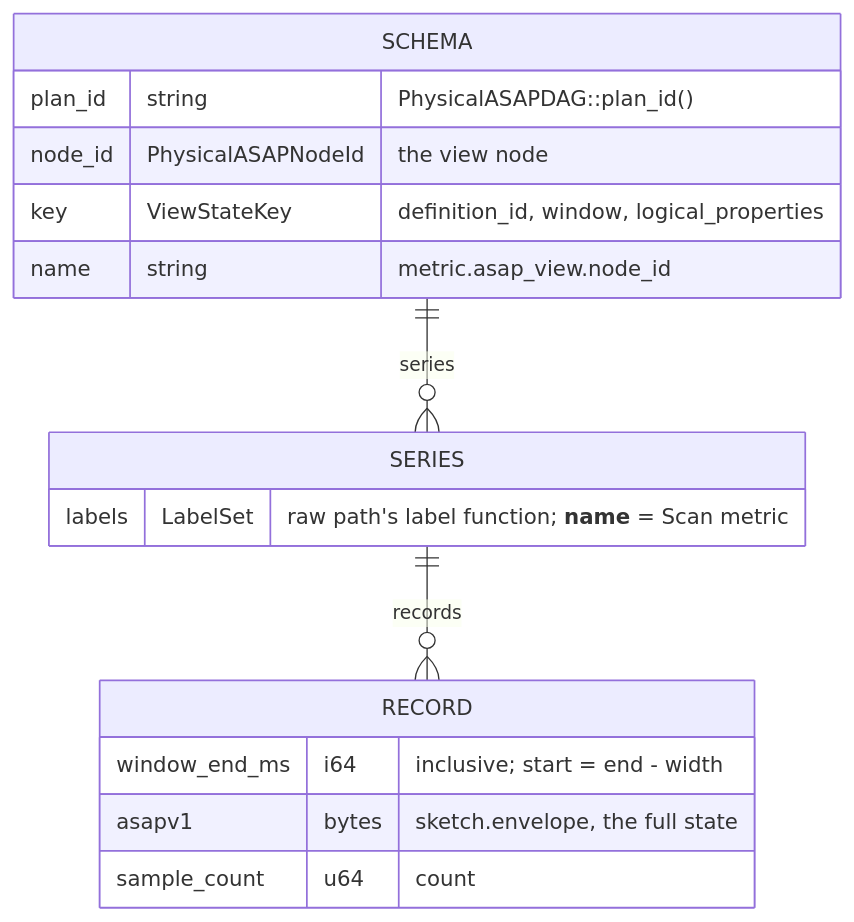
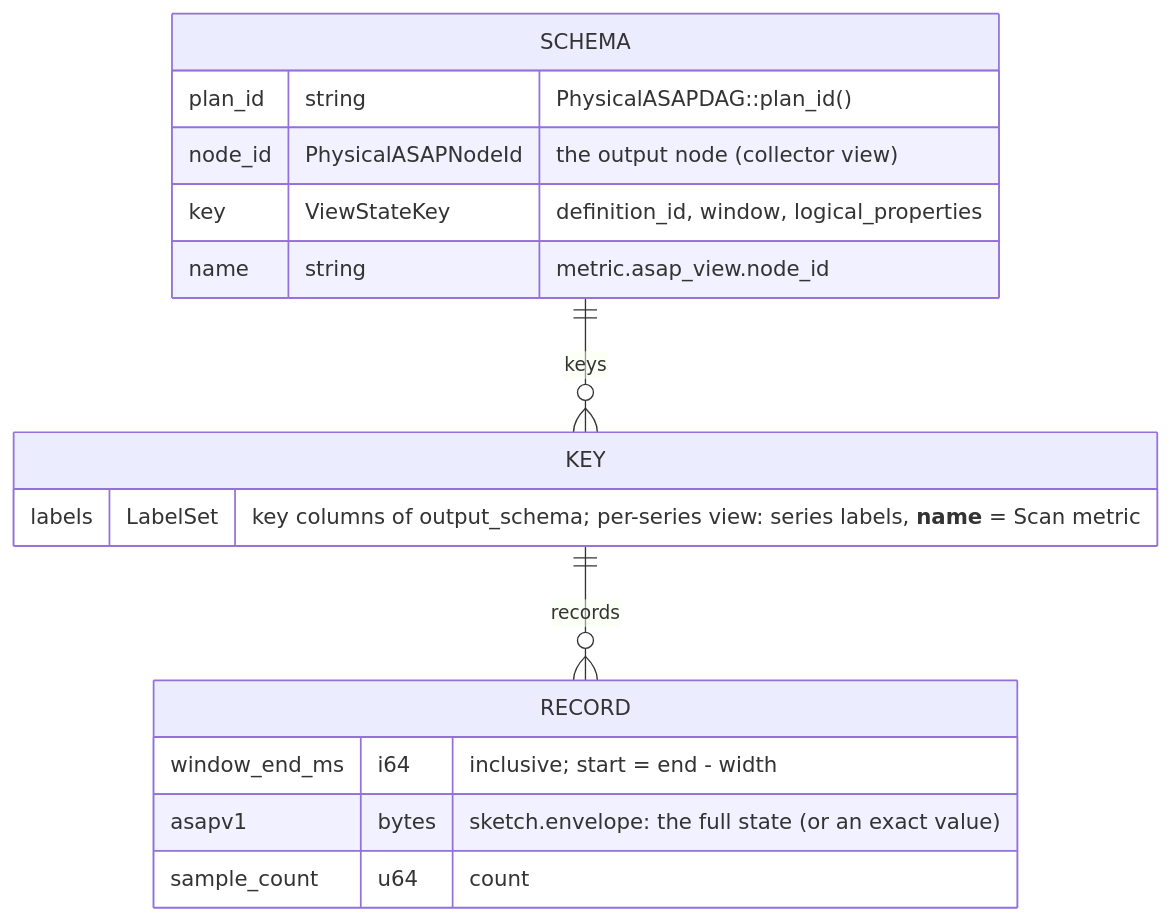
One commit to ProjectASAP/ASAPQuery-backend changed the diagram in docs/design/collector-sketch-ingest.md. Above: the diagram before and after it, drawn with Mermaid. The commit also changed other lines of this file, not shown here.

First line of the commit message:
docs(design): generic collector sub-DAG rule, planner-vocabulary capabilities, executor as target

````diff
--- a/docs/design/collector-sketch-ingest.md
+++ b/docs/design/collector-sketch-ingest.md
@@ -337,19 +410,19 @@
 ```mermaid
 erDiagram
-    SCHEMA ||--o{ SERIES : series
-    SERIES ||--o{ RECORD : records
+    SCHEMA ||--o{ KEY : keys
+    KEY ||--o{ RECORD : records
     SCHEMA{
         plan_id string "PhysicalASAPDAG::plan_id()"
-        node_id PhysicalASAPNodeId "the view node"
+        node_id PhysicalASAPNodeId "the output node (collector view)"
         key ViewStateKey "definition_id, window, logical_properties"
         name string "metric.asap_view.node_id"
     }
-    SERIES{
-        labels LabelSet "raw path's label function; __name__ = Scan metric"
+    KEY{
+        labels LabelSet "key columns of output_schema; per-series view: series labels, __name__ = Scan metric"
     }
     RECORD{
         window_end_ms i64 "inclusive; start = end - width"
-        asapv1 bytes "sketch.envelope, the full state"
+        asapv1 bytes "sketch.envelope: the full state (or an exact value)"
         sample_count u64 "count"
     }
 ```
````
